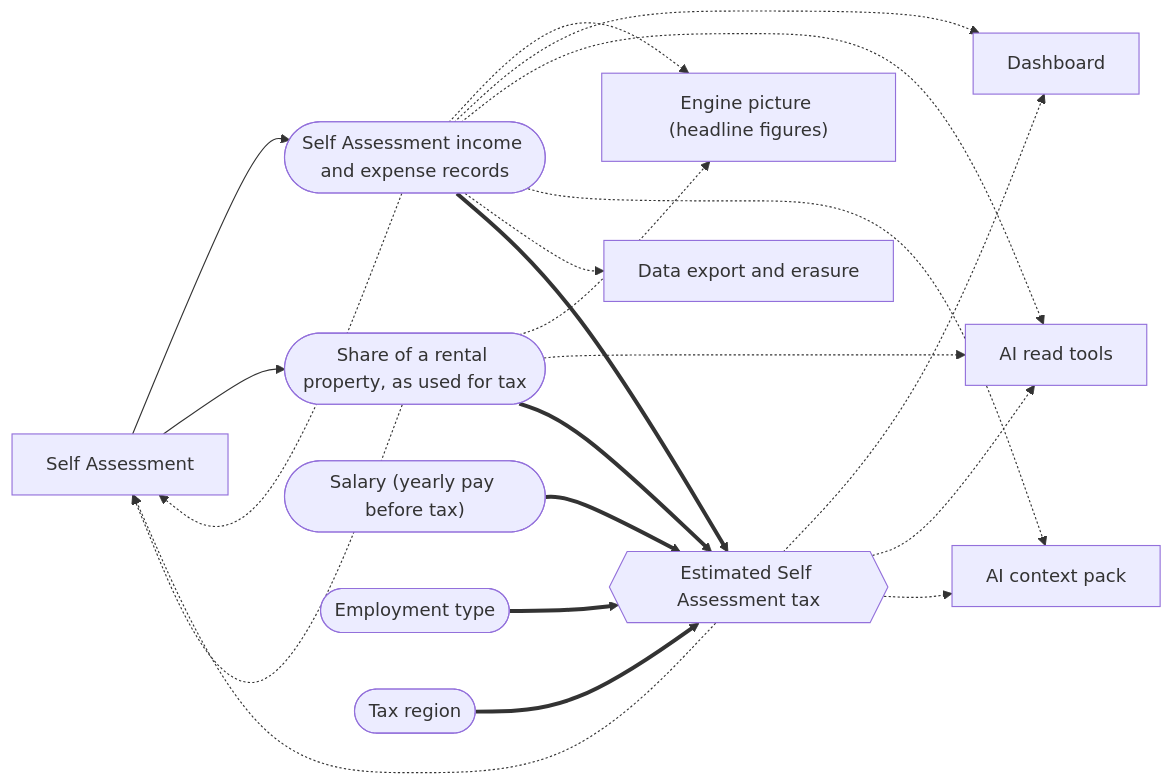
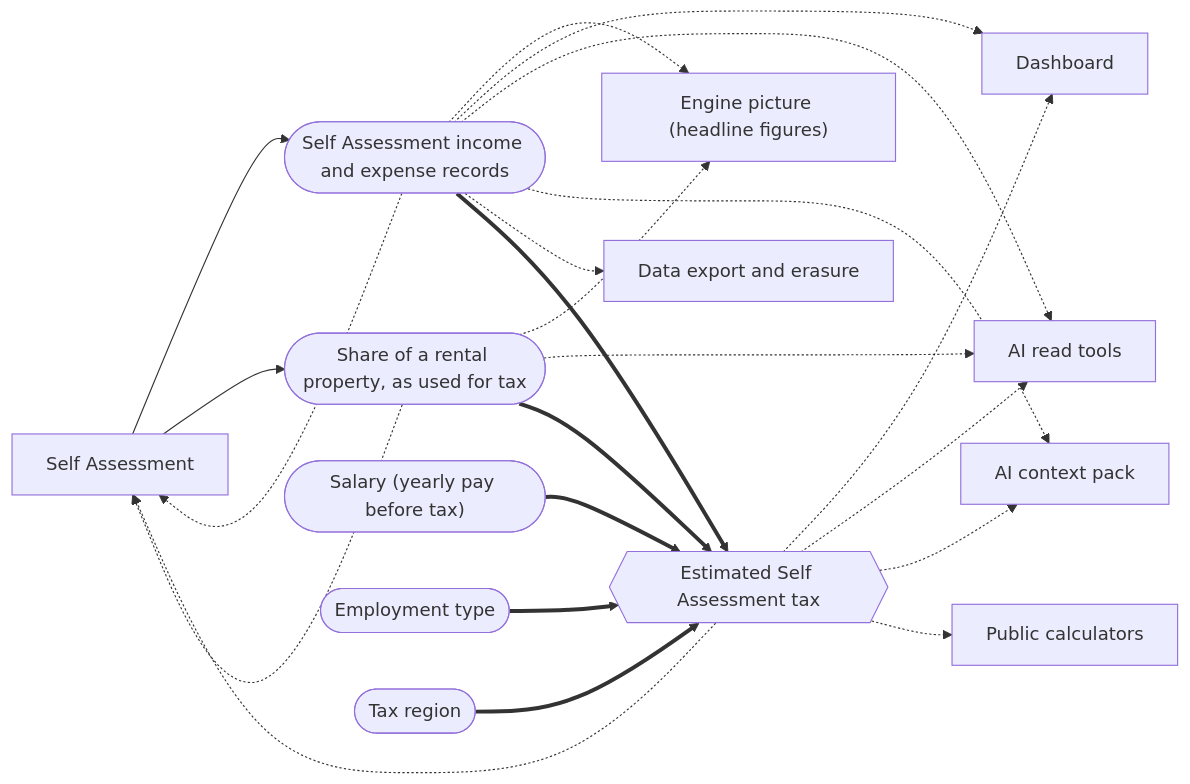
Before and after one commit to mgallagher56/flump: the sixth of 7 diagrams in docs/system/generated/connections.md, drawn with Mermaid. The commit also changed 10 other files, not shown here.

````diff
--- a/docs/system/generated/connections.md
+++ b/docs/system/generated/connections.md
@@ -473,35 +473,37 @@
 ```mermaid
 flowchart LR
   s_dashboard["Dashboard"]
   s_self_assessment["Self Assessment"]
   s_picture["Engine picture (headline figures)"]
   s_mcp_read["AI read tools"]
   s_context_pack["AI context pack"]
+  s_public_tools["Public calculators"]
   s_export["Data export and erasure"]
   f_tax_records(["Self Assessment income and expense records"])
   s_self_assessment --> f_tax_records
   f_tax_records -.-> s_self_assessment
   f_tax_records -.-> s_picture
   f_tax_records -.-> s_dashboard
   f_tax_records -.-> s_mcp_read
   f_tax_records -.-> s_context_pack
   f_tax_records -.-> s_export
   f_rental_share_for_tax(["Share of a rental property, as used for tax"])
   s_self_assessment --> f_rental_share_for_tax
   f_rental_share_for_tax -.-> s_self_assessment
   f_rental_share_for_tax -.-> s_picture
   f_rental_share_for_tax -.-> s_mcp_read
   g_estimated_tax{{"Estimated Self Assessment tax"}}
   f_tax_records ==> g_estimated_tax
   f_salary(["Salary (yearly pay before tax)"])
   f_salary ==> g_estimated_tax
   f_employment_type(["Employment type"])
   f_employment_type ==> g_estimated_tax
   f_tax_region(["Tax region"])
   f_tax_region ==> g_estimated_tax
   f_rental_share_for_tax ==> g_estimated_tax
   g_estimated_tax -.-> s_dashboard
   g_estimated_tax -.-> s_self_assessment
   g_estimated_tax -.-> s_mcp_read
   g_estimated_tax -.-> s_context_pack
+  g_estimated_tax -.-> s_public_tools
 ```
````
